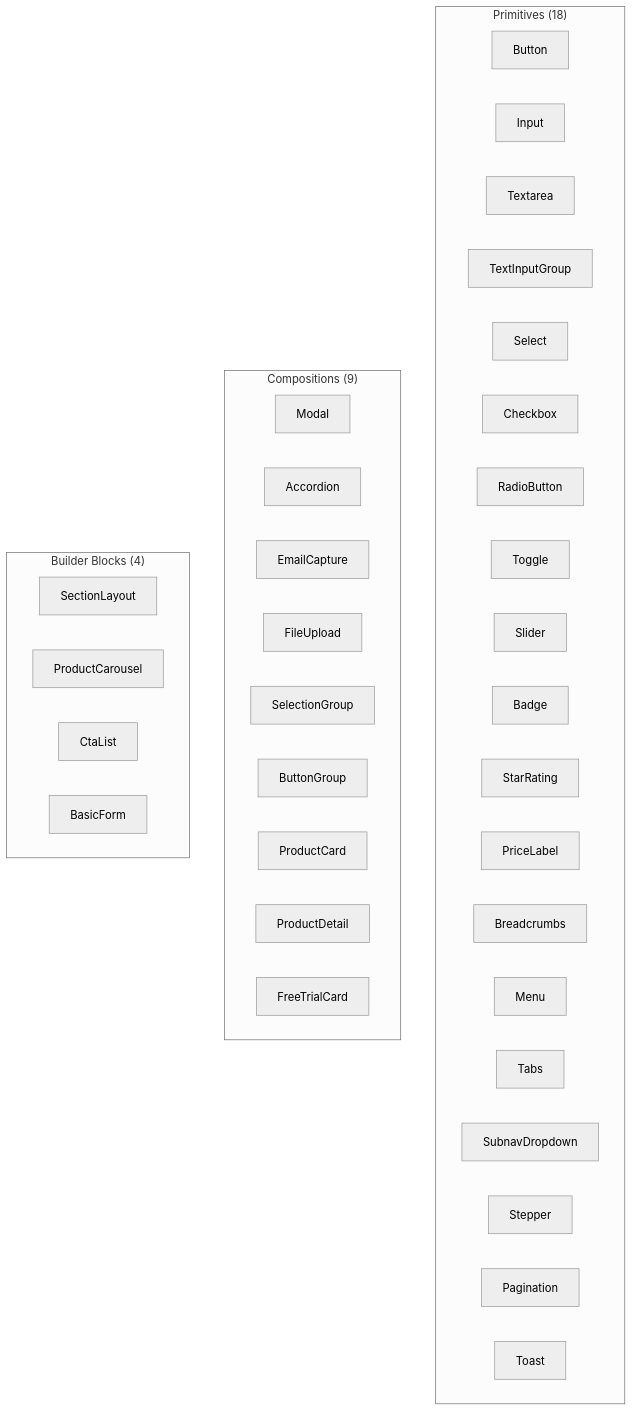
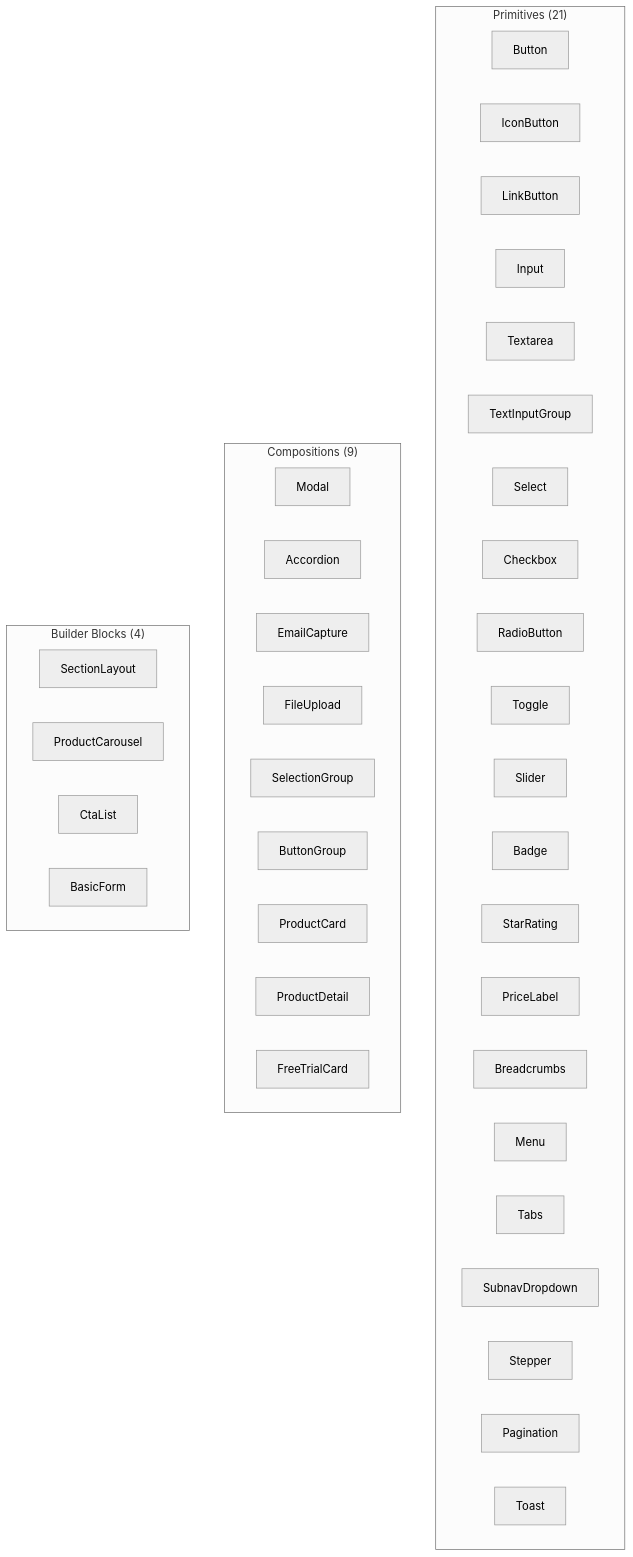
Before and after one commit to calebn/design-system-theme-evolution: the first of 2 diagrams in inventory/docs/08-taxonomy.md, drawn with Mermaid (neutral theme). The commit also changed other lines of this file and 8 other files, not shown here.

````diff
--- a/inventory/docs/08-taxonomy.md
+++ b/inventory/docs/08-taxonomy.md
@@ -17,41 +17,43 @@
 ```mermaid
 graph TD
-  subgraph primitives ["Primitives (18)"]
+  subgraph primitives ["Primitives (21)"]
     Button["Button"]
+    IconButton["IconButton"]
+    LinkButton["LinkButton"]
     Input["Input"]
     Textarea["Textarea"]
     TextInputGroup["TextInputGroup"]
     Select["Select"]
     Checkbox["Checkbox"]
     RadioButton["RadioButton"]
     Toggle["Toggle"]
     Slider["Slider"]
     Badge["Badge"]
     StarRating["StarRating"]
     PriceLabel["PriceLabel"]
     Breadcrumbs["Breadcrumbs"]
     Menu["Menu"]
     Tabs["Tabs"]
     SubnavDropdown["SubnavDropdown"]
     Stepper["Stepper"]
     Pagination["Pagination"]
     Toast["Toast"]
   end
   subgraph compositions ["Compositions (9)"]
     Modal["Modal"]
     Accordion["Accordion"]
     EmailCapture["EmailCapture"]
     FileUpload["FileUpload"]
     SelectionGroup["SelectionGroup"]
     ButtonGroup["ButtonGroup"]
     ProductCard["ProductCard"]
     ProductDetail["ProductDetail"]
     FreeTrialCard["FreeTrialCard"]
   end
   subgraph builderBlocks ["Builder Blocks (4)"]
     SectionLayout["SectionLayout"]
     ProductCarousel["ProductCarousel"]
     CtaList["CtaList"]
     BasicForm["BasicForm"]
   end
 ```
````
